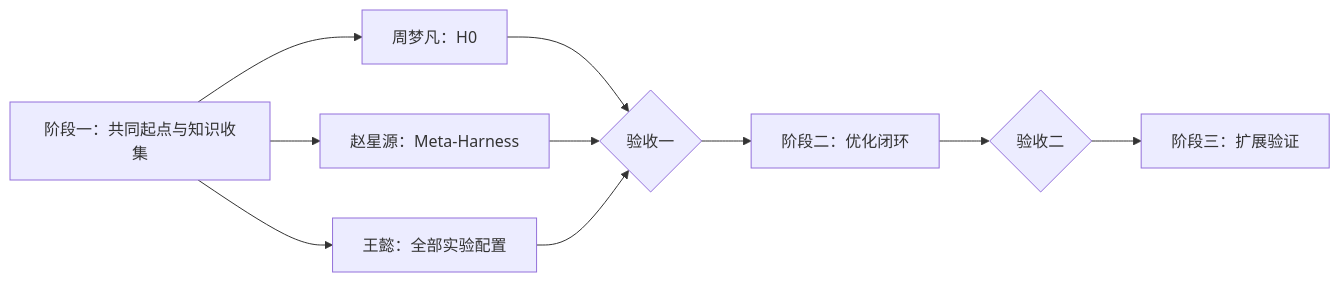
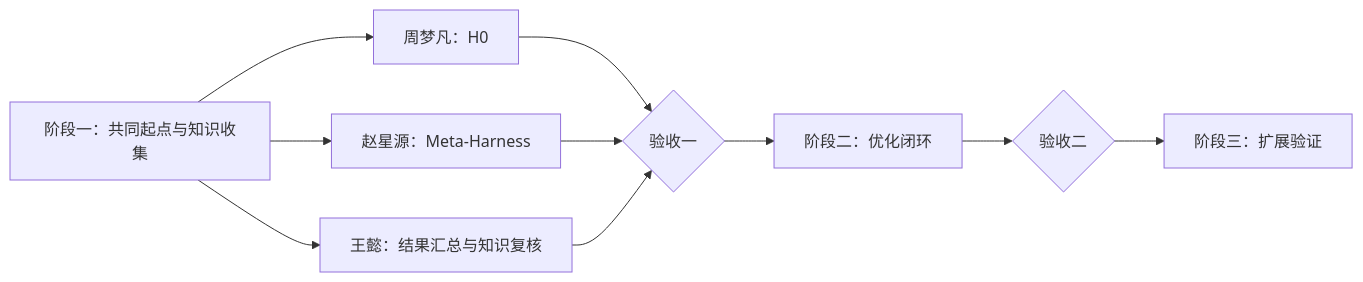
Before and after one commit to estreallaxy/knowledge-guided-harness-evolution: the diagram in docs/team-execution-plan.md, drawn with Mermaid. The commit also changed other lines of this file and 1 other file, not shown here.

````diff
--- a/docs/team-execution-plan.md
+++ b/docs/team-execution-plan.md
@@ -5,12 +5,12 @@
 ```mermaid
 flowchart LR
     A[阶段一：共同起点与知识收集] --> A1[周梦凡：H0]
     A --> A2[赵星源：Meta-Harness]
-    A --> A3[王懿：全部实验配置]
+    A --> A3[王懿：结果汇总与知识复核]
     A1 --> B{验收一}
     A2 --> B
     A3 --> B
     B --> C[阶段二：优化闭环]
     C --> D{验收二}
     D --> E[阶段三：扩展验证]
 ```
````
